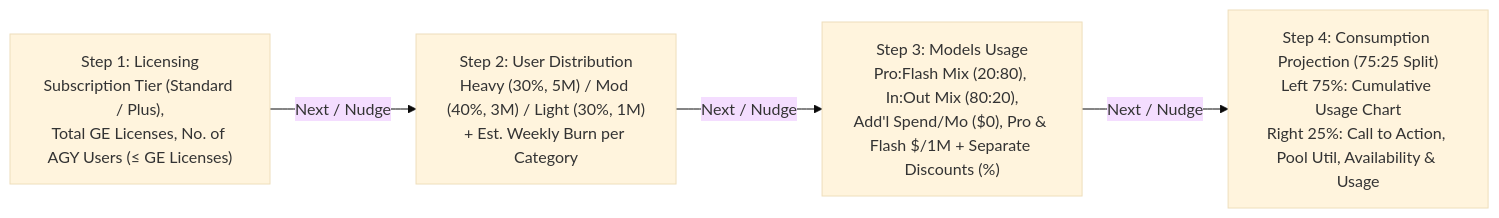
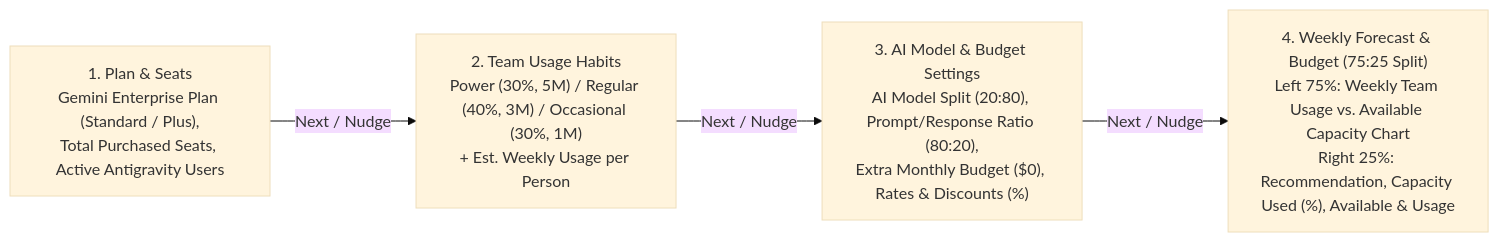
Before and after one commit to mohan-the-octocat/pushpak: the diagram in antigravity_ge_usage_simulator_prd.md, drawn with Mermaid (base theme). The commit also changed other lines of this file and 4 other files, not shown here.

````diff
--- a/antigravity_ge_usage_simulator_prd.md
+++ b/antigravity_ge_usage_simulator_prd.md
@@ -43,6 +43,6 @@
 ```mermaid
 flowchart LR
-  T2["Step 1: Licensing<br/>Subscription Tier (Standard / Plus),<br/>Total GE Licenses, No. of AGY Users (≤ GE Licenses)"] -->|Next / Nudge| T3["Step 2: User Distribution<br/>Heavy (30%, 5M) / Mod (40%, 3M) / Light (30%, 1M)<br/>+ Est. Weekly Burn per Category"]
-  T3 -->|Next / Nudge| T4["Step 3: Models Usage<br/>Pro:Flash Mix (20:80), In:Out Mix (80:20),<br/>Add'l Spend/Mo ($0), Pro & Flash $/1M + Separate Discounts (%)"]
-  T4 -->|Next / Nudge| T1["Step 4: Consumption Projection (75:25 Split)<br/>Left 75%: Cumulative Usage Chart<br/>Right 25%: Call to Action, Pool Util, Availability & Usage"]
+  T2["1. Plan & Seats<br/>Gemini Enterprise Plan (Standard / Plus),<br/>Total Purchased Seats, Active Antigravity Users"] -->|Next / Nudge| T3["2. Team Usage Habits<br/>Power (30%, 5M) / Regular (40%, 3M) / Occasional (30%, 1M)<br/>+ Est. Weekly Usage per Person"]
+  T3 -->|Next / Nudge| T4["3. AI Model & Budget Settings<br/>AI Model Split (20:80), Prompt/Response Ratio (80:20),<br/>Extra Monthly Budget ($0), Rates & Discounts (%)"]
+  T4 -->|Next / Nudge| T1["4. Weekly Forecast & Budget (75:25 Split)<br/>Left 75%: Weekly Team Usage vs. Available Capacity Chart<br/>Right 25%: Recommendation, Capacity Used (%), Available & Usage"]
 ```
````
